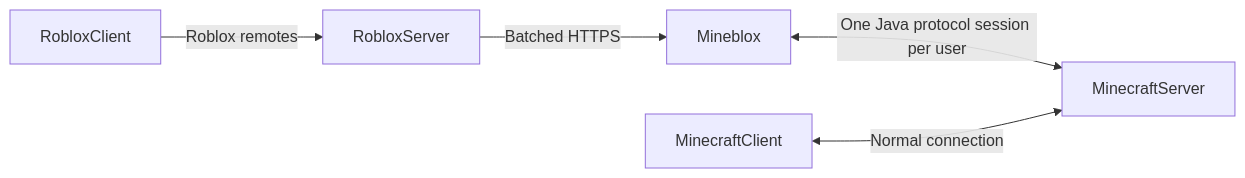
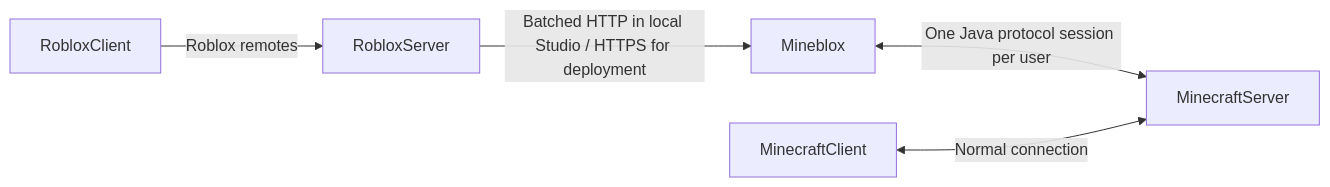
One commit to orlandophillipss/Mineblox changed the diagram in README.md. Above: the diagram before and after it, drawn with Mermaid. The commit also changed other lines of this file and 48 other files, not shown here.

Commit message:
feat: add tested local Studio crossplay launcher and textured terrain

````diff
--- a/README.md
+++ b/README.md
@@ -9,7 +9,7 @@
 ```mermaid
 flowchart LR
   RobloxClient -->|Roblox remotes| RobloxServer
-  RobloxServer -->|Batched HTTPS| Mineblox
+  RobloxServer -->|Batched HTTP in local Studio / HTTPS for deployment| Mineblox
   Mineblox <-->|One Java protocol session per user| MinecraftServer
   MinecraftClient <-->|Normal connection| MinecraftServer
 ```
````
